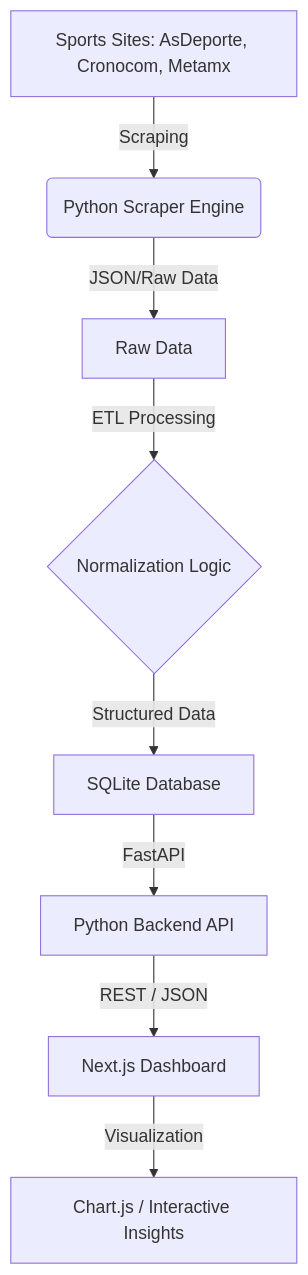
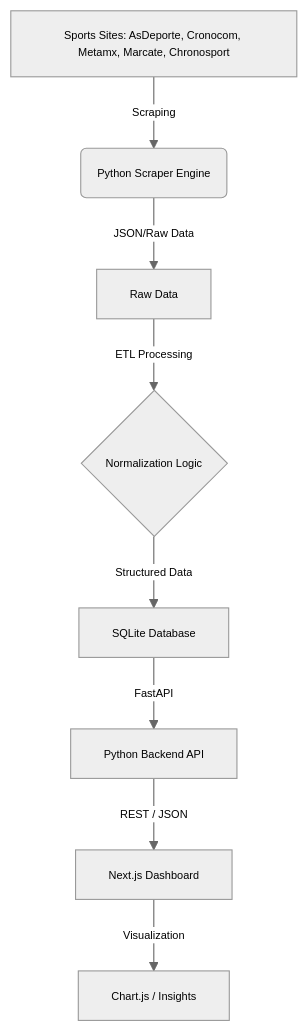
Before and after one commit to jsnjuan/sports_scraper: the diagram in README.md, drawn with Mermaid. The commit also changed other lines of this file and 2 other files, not shown here.

Commit message:
feat: add Chronosport site support and update project documentation

````diff
--- a/README.md
+++ b/README.md
@@ -24,10 +24,11 @@
 ```mermaid
+%%{init: {'theme': 'neutral', 'themeVariables': { 'fontSize': '10px'}}}%%
 graph TD
-    A[Sports Sites: AsDeporte, Cronocom, Metamx] -->|Scraping| B(Python Scraper Engine)
+    A[Sports Sites: AsDeporte, Cronocom, Metamx, Marcate, Chronosport] -->|Scraping| B(Python Scraper Engine)
     B -->|JSON/Raw Data| C[Raw Data]
     C -->|ETL Processing| D{Normalization Logic}
     D -->|Structured Data| E[SQLite Database]
     E -->|FastAPI| F[Python Backend API]
     F -->|REST / JSON| G[Next.js Dashboard]
-    G -->|Visualization| H[Chart.js / Interactive Insights]
+    G -->|Visualization| H[Chart.js / Insights]
 ```
````
